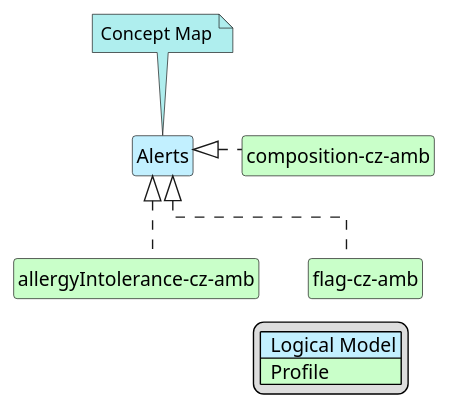
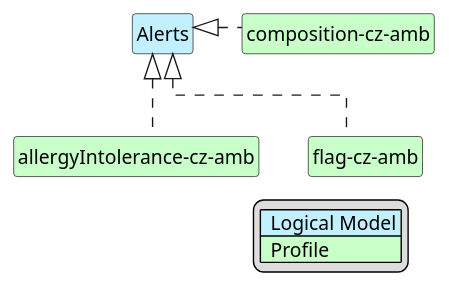
Before and after one commit to HL7-cz/amb: the diagram in input/images-source/Alerts-map.plantuml, drawn with PlantUML. The commit also changed 3 other files, not shown here.

```diff
--- a/input/images-source/Alerts-map.plantuml
+++ b/input/images-source/Alerts-map.plantuml
@@ -1,33 +1,31 @@
 @startuml Alerts-map
 hide circle
 hide stereotype
 hide members    
 hide methods
 skinparam linetype ortho
 skinparam class {
 BackgroundColor<<LogicalModel>> #APPLICATION
 BackgroundColor<<Profile>> #TECHNOLOGY
 }
 legend right
 | <#APPLICATION>  Logical Model |
 | <#TECHNOLOGY>  Profile |
 endlegend
 class "Alerts" <<LogicalModel>> [[StructureDefinition-AlertsCz.html]]
-note top #PaleTurquoise [[alerts2FHIR-cz-amb.html]]
-Concept Map
-endnote
+
 ' --- Profiles mapping Alerts ---
 class "composition-cz-amb" <<Profile>> [[StructureDefinition-cz-composition-amb.html]]
 class "allergyIntolerance-cz-amb" <<Profile>> [[StructureDefinition-cz-allergyIntolerance-amb.html]]
 class "flag-cz-amb" <<Profile>> [[StructureDefinition-cz-flag-amb.html]]
 
 ' --- Realization links ---
 "Alerts" <|. "composition-cz-amb"
 "Alerts" <|. "allergyIntolerance-cz-amb"
 "Alerts" <|. "flag-cz-amb"
 
 ' ' (volitelné – skryté vazby jen pro rozložení v diagramu)
 "Alerts" -d[hidden]-> "composition-cz-amb"
 "composition-cz-amb" -d[hidden]-> "allergyIntolerance-cz-amb"
 "composition-cz-amb" -d[hidden]-> "flag-cz-amb"
 @enduml
```
